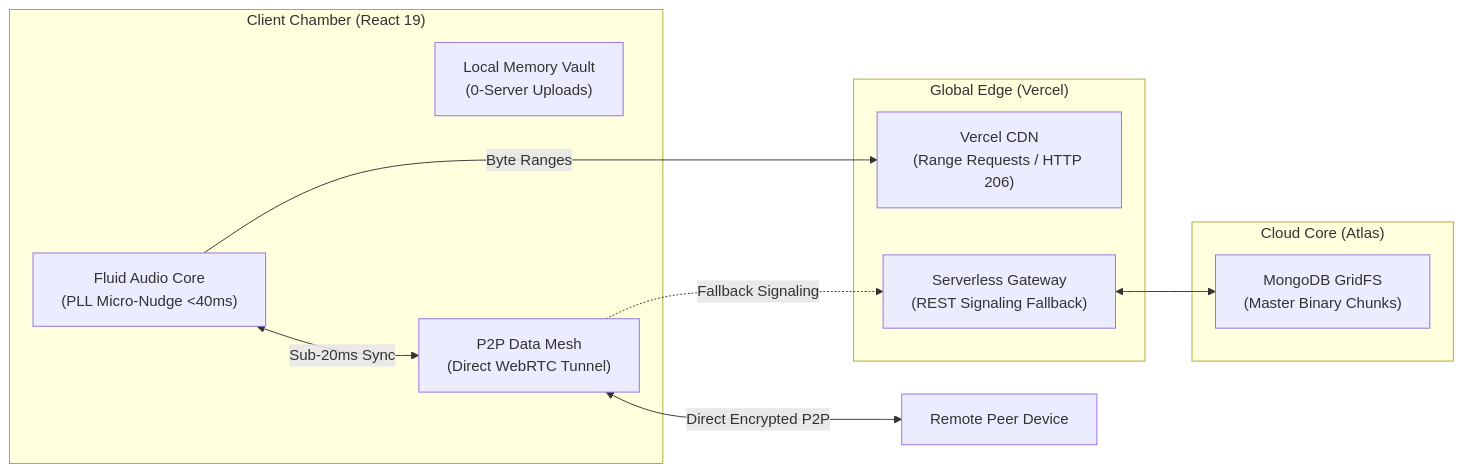
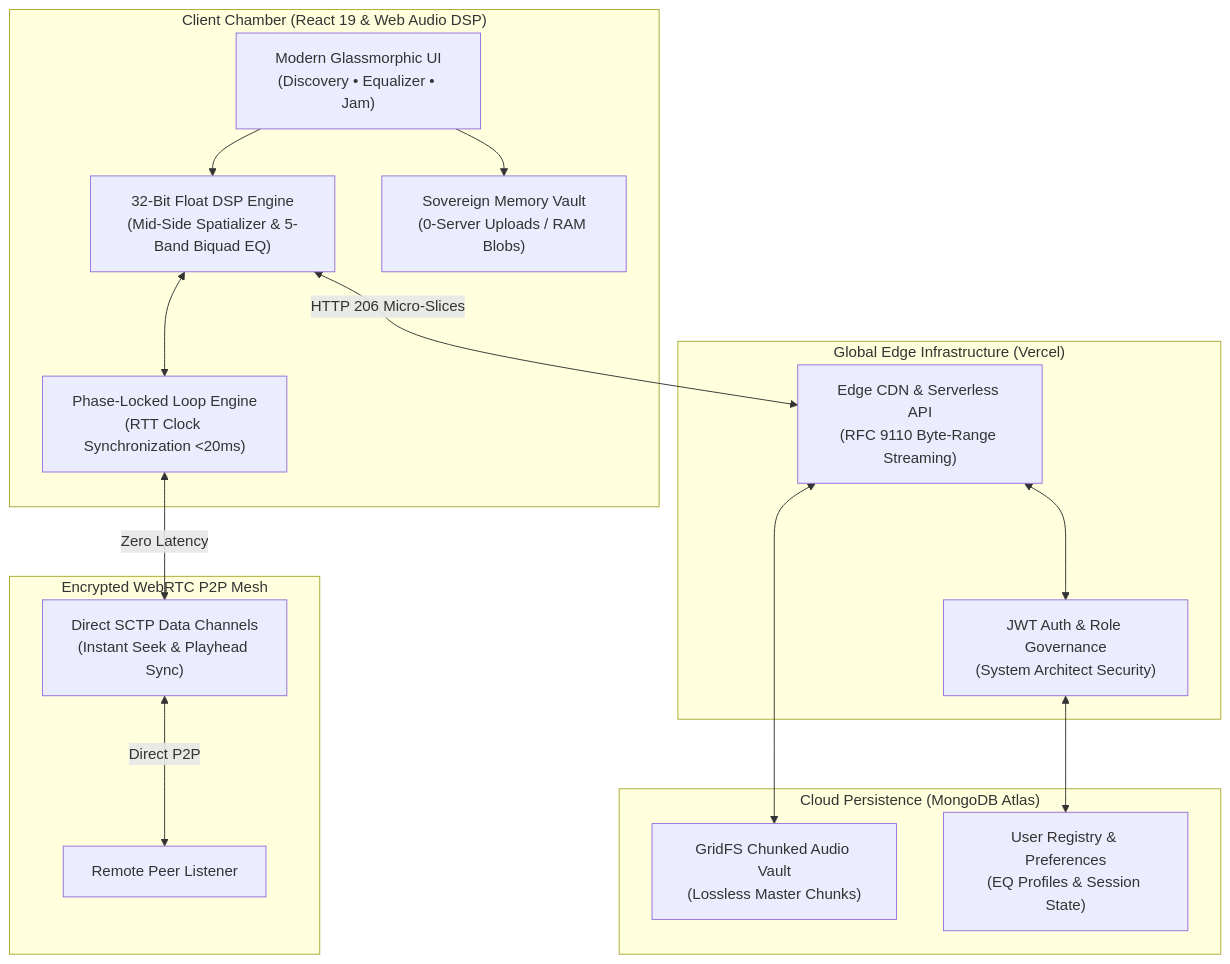
One commit to Parth-Chavan-15/Riveria changed the diagram in README.md. Above: the diagram before and after it, drawn with Mermaid. The commit also changed other lines of this file and 1 other file, not shown here.

Commit message:
docs: enhance README with poetic manifesto, technical DSP architecture, and high-res chamber preview

````diff
--- a/README.md
+++ b/README.md
@@ -54,23 +79,34 @@
 ```mermaid
-flowchart LR
-    subgraph Client ["Client Chamber (React 19)"]
-        Player["Fluid Audio Core\n(PLL Micro-Nudge <40ms)"]
-        LocalHub["Local Memory Vault\n(0-Server Uploads)"]
-        WebRTC["P2P Data Mesh\n(Direct WebRTC Tunnel)"]
+flowchart TD
+    subgraph ClientChamber ["Client Chamber (React 19 & Web Audio DSP)"]
+        UI["Modern Glassmorphic UI\n(Discovery • Equalizer • Jam)"]
+        AudioCore["32-Bit Float DSP Engine\n(Mid-Side Spatializer & 5-Band Biquad EQ)"]
+        LocalSandbox["Sovereign Memory Vault\n(0-Server Uploads / RAM Blobs)"]
+        PLLSync["Phase-Locked Loop Engine\n(RTT Clock Synchronization <20ms)"]
     end
 
-    subgraph Edge ["Global Edge (Vercel)"]
-        CDN["Vercel CDN\n(Range Requests / HTTP 206)"]
-        VercelAPI["Serverless Gateway\n(REST Signaling Fallback)"]
+    subgraph PeerMesh ["Encrypted WebRTC P2P Mesh"]
+        DataChannel["Direct SCTP Data Channels\n(Instant Seek & Playhead Sync)"]
+        RemoteListener["Remote Peer Listener"]
     end
 
-    subgraph Storage ["Cloud Core (Atlas)"]
-        Mongo["MongoDB GridFS\n(Master Binary Chunks)"]
+    subgraph EdgeGateway ["Global Edge Infrastructure (Vercel)"]
+        VercelEdge["Edge CDN & Serverless API\n(RFC 9110 Byte-Range Streaming)"]
+        AuthGateway["JWT Auth & Role Governance\n(System Architect Security)"]
     end
 
-    Player <-->|Sub-20ms Sync| WebRTC
-    WebRTC <-->|Direct Encrypted P2P| RemotePeer["Remote Peer Device"]
-    Player -->|Byte Ranges| CDN
-    VercelAPI <--> Mongo
-    WebRTC -.->|Fallback Signaling| VercelAPI
+    subgraph DatabaseCluster ["Cloud Persistence (MongoDB Atlas)"]
+        AtlasGridFS["GridFS Chunked Audio Vault\n(Lossless Master Chunks)"]
+        AtlasDoc["User Registry & Preferences\n(EQ Profiles & Session State)"]
+    end
+
+    UI --> AudioCore
+    UI --> LocalSandbox
+    AudioCore <--> PLLSync
+    PLLSync <-->|Zero Latency| DataChannel
+    DataChannel <-->|Direct P2P| RemoteListener
+    AudioCore <-->|HTTP 206 Micro-Slices| VercelEdge
+    VercelEdge <--> AuthGateway
+    AuthGateway <--> AtlasDoc
+    VercelEdge <--> AtlasGridFS
 ```
````
